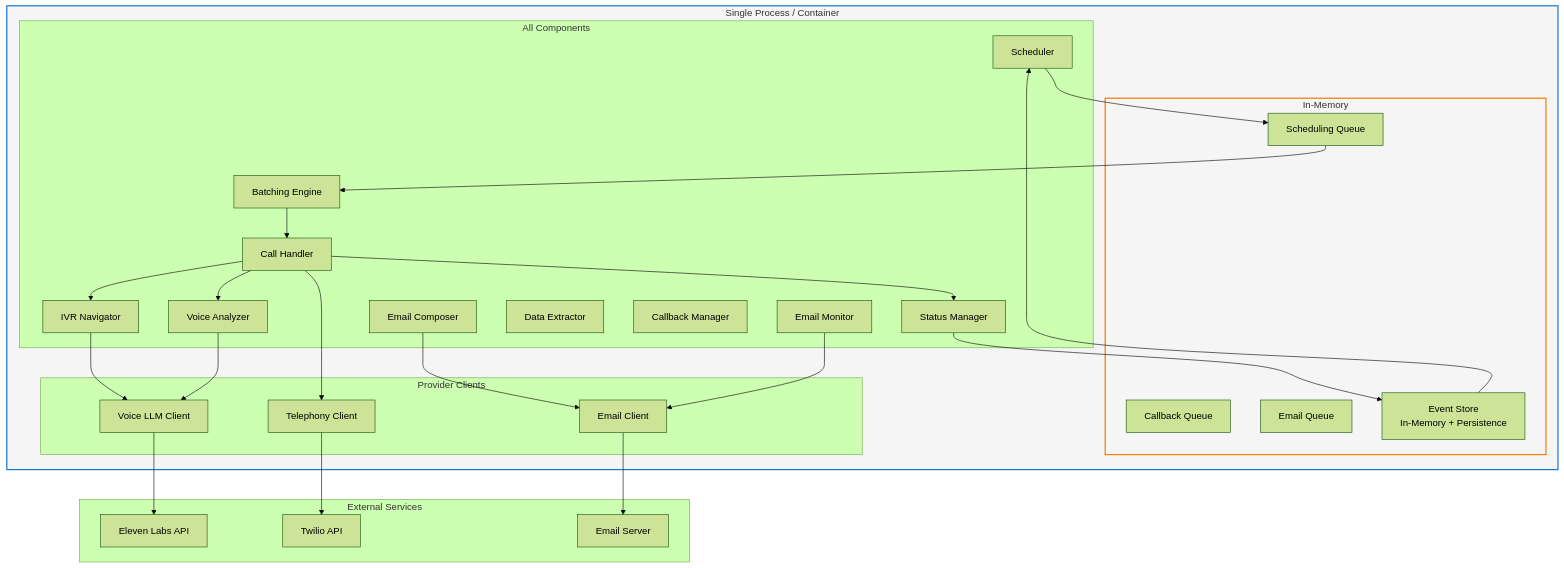
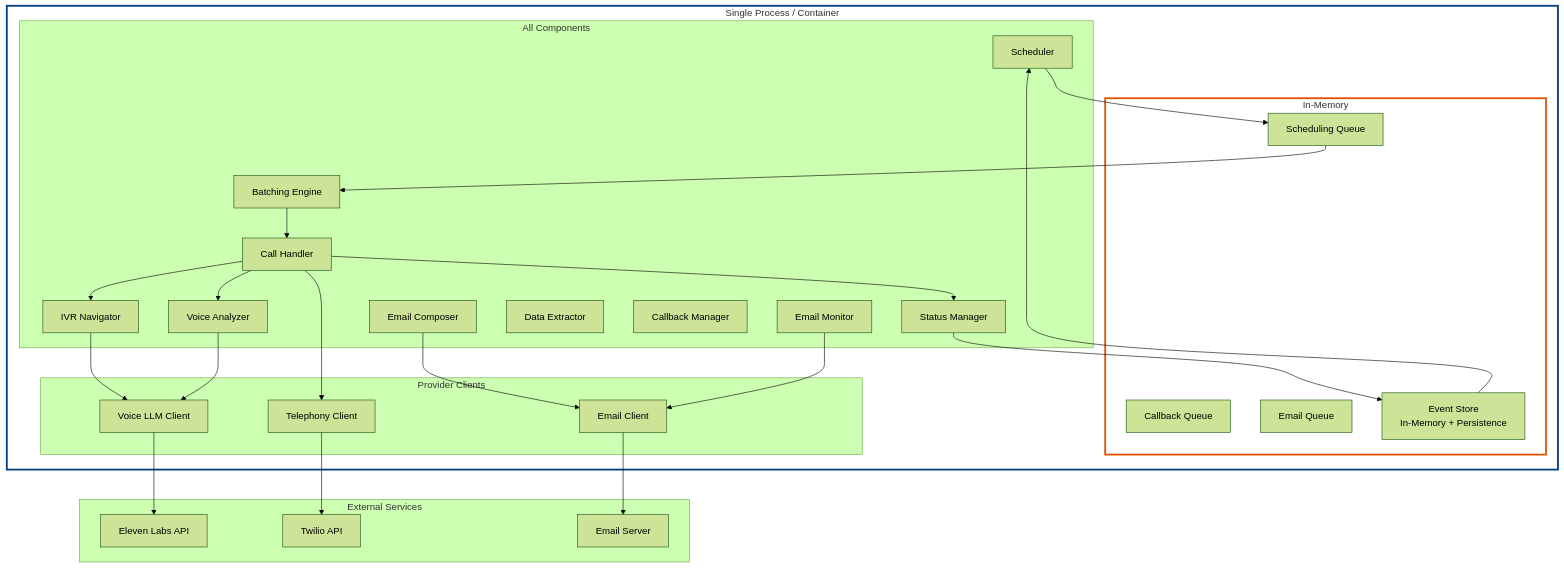
Before and after one commit to Org-for-Folio-AI/FolioAISpecs: the second of 3 diagrams in design/Technical-Architecture-HLD.md, drawn with Mermaid (forest theme). The commit also changed other lines of this file and 11 other files, not shown here.

First line of the commit message:
Improve mermaid diagrams: increase font size, darker colors, thicker strokes

````diff
--- a/design/Technical-Architecture-HLD.md
+++ b/design/Technical-Architecture-HLD.md
@@ -124,59 +125,60 @@
 ```mermaid
+%%{init: {'fontSize': 18, 'fontFamily': 'arial'}}%%
 graph TB
     subgraph SingleProcess["Single Process / Container"]
         subgraph Components["All Components"]
             S[Scheduler]
             B[Batching Engine]
             C[Call Handler]
             I[IVR Navigator]
             V[Voice Analyzer]
             EC[Email Composer]
             EM[Email Monitor]
             DE[Data Extractor]
             CB[Callback Manager]
             SM[Status Manager]
         end
 
         subgraph InMemory["In-Memory"]
             Q1[Scheduling Queue]
             Q2[Callback Queue]
             Q3[Email Queue]
             ES[Event Store<br/>In-Memory + Persistence]
         end
 
         subgraph Providers["Provider Clients"]
             VLLM[Voice LLM Client]
             TEL[Telephony Client]
             EMAIL[Email Client]
         end
     end
 
     subgraph External["External Services"]
         EL[Eleven Labs API]
         TW[Twilio API]
         SMTP[Email Server]
     end
 
     S --> Q1
     Q1 --> B
     B --> C
     C --> I
     C --> V
     C --> SM
     EC --> EMAIL
     EM --> EMAIL
 
     I --> VLLM
     V --> VLLM
     C --> TEL
 
     VLLM --> EL
     TEL --> TW
     EMAIL --> SMTP
 
     SM --> ES
     ES --> S
 
-    style SingleProcess stroke:#1976d2,fill:#f5f5f5,stroke-width:2px
-    style InMemory stroke:#f57c00,fill:#f5f5f5,stroke-width:2px
+    style SingleProcess stroke:#003d82,fill:#ffffff,stroke-width:3px,font-size:16px
+    style InMemory stroke:#e65100,fill:#ffffff,stroke-width:3px,font-size:16px
 ```
````
